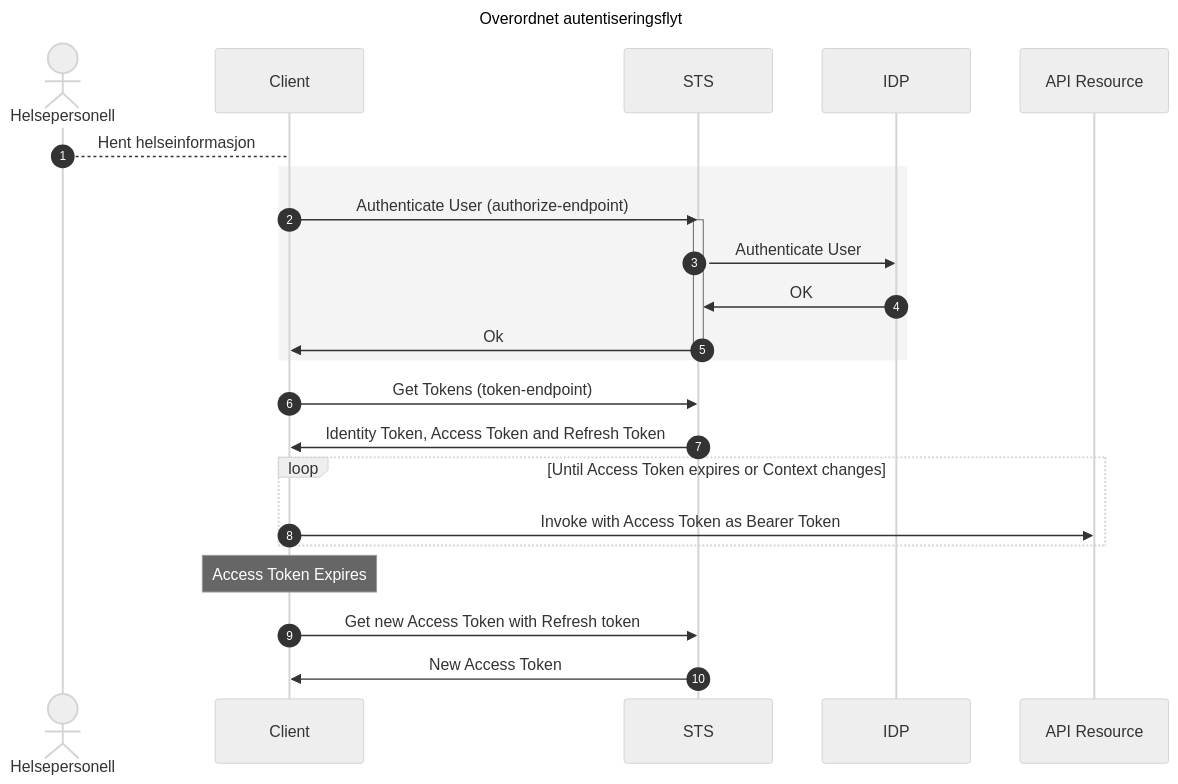
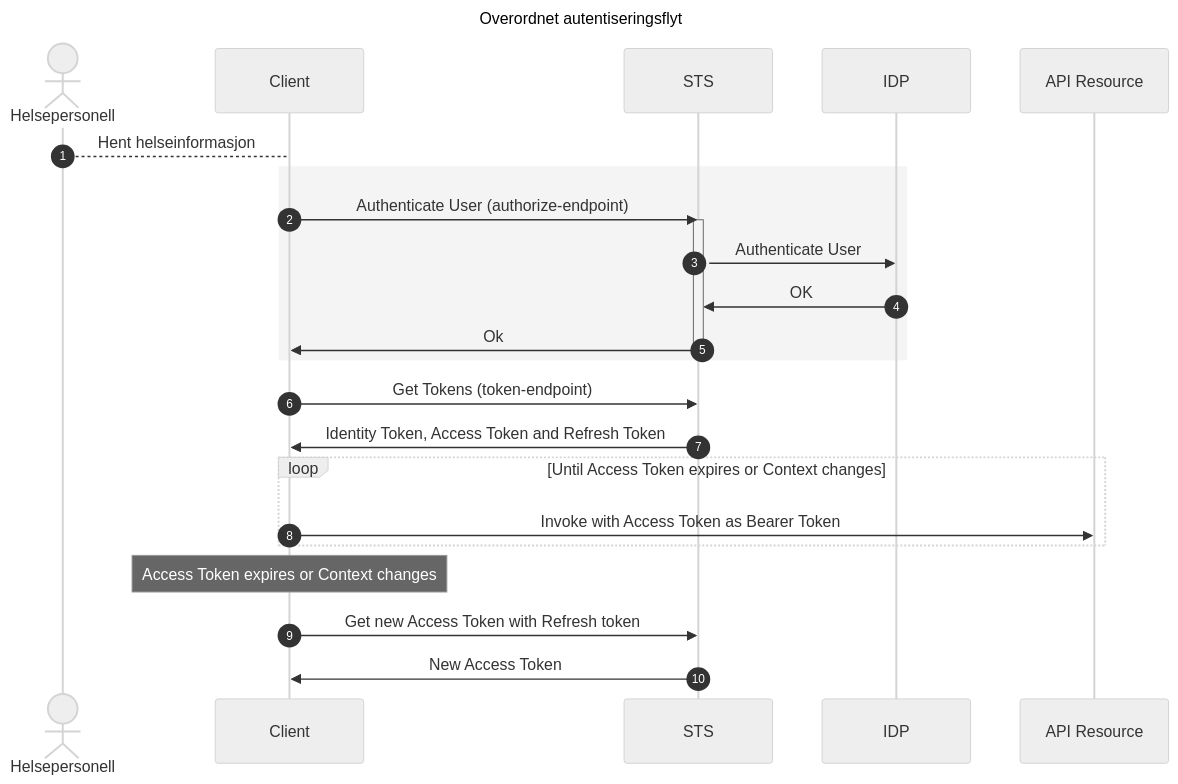
Before and after one commit to NorskHelsenett/Tillitsrammeverk: the first of 4 diagrams in specs/bruk_av_oidc.md, drawn with Mermaid (neutral theme). The commit also changed other lines of this file, not shown here.

````diff
--- a/specs/bruk_av_oidc.md
+++ b/specs/bruk_av_oidc.md
@@ -163,30 +155,30 @@
 ```mermaid
 sequenceDiagram 
   autonumber
   title Overordnet autentiseringsflyt
   actor HP as Helsepersonell
   participant RP as Client
   participant HelseID as STS
   participant IDP
   participant API as API Resource
 
   HP-->RP: Hent helseinformasjon  
   rect rgba(150, 150, 150, 0.1)
   RP->>HelseID: Authenticate User (authorize-endpoint)
   activate HelseID
   HelseID->>IDP: Authenticate User
   IDP->>HelseID: OK
   HelseID->>RP: Ok
   deactivate HelseID
   end
   RP->>HelseID: Get Tokens (token-endpoint)
   HelseID->>RP: Identity Token, Access Token and Refresh Token
   loop Until Access Token expires or Context changes
   RP->>API: Invoke with Access Token as Bearer Token
   end
 
-Note over RP: Access Token Expires
+Note over RP: Access Token expires or Context  changes
 RP->>HelseID: Get new Access Token with Refresh token   
 HelseID->>RP: New Access Token 
  
 ```
````
